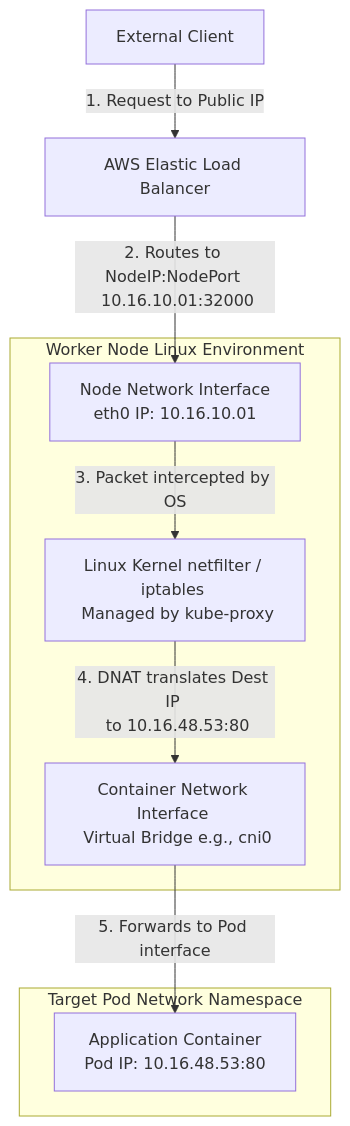
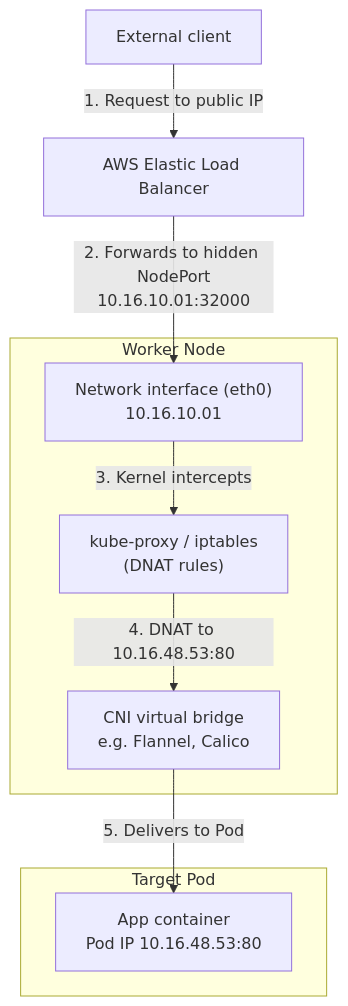
Before and after one commit to nirajp82/KubernetesWithAmazon_EKS_Fargate_DevOps: the second of 2 diagrams in sections/01-kubernetes-basics/11_ServiceTypes.md, drawn with Mermaid. The commit also changed other lines of this file and 11 other files, not shown here.

````diff
--- a/sections/01-kubernetes-basics/11_ServiceTypes.md
+++ b/sections/01-kubernetes-basics/11_ServiceTypes.md
@@ -243,20 +106,19 @@
 ```mermaid
 flowchart TD
-    Client[External Client] -->|1. Request to Public IP| ELB[AWS Elastic Load Balancer]
-    
-    subgraph Worker Node [Worker Node Linux Environment]
-        NIC[Node Network Interface \n eth0 IP: 10.16.10.01]
-        IPT[Linux Kernel netfilter / iptables \n Managed by kube-proxy]
-        VNET[Container Network Interface \n Virtual Bridge e.g., cni0]
+    Client[External client] -->|1. Request to public IP| ELB[AWS Elastic Load Balancer]
+
+    subgraph Node [Worker Node]
+        NIC["Network interface (eth0)<br/>10.16.10.01"]
+        IPT["kube-proxy / iptables<br/>(DNAT rules)"]
+        CNI["CNI virtual bridge<br/>e.g. Flannel, Calico"]
     end
-    
-    subgraph Pod Environment [Target Pod Network Namespace]
-        App[Application Container \n Pod IP: 10.16.48.53:80]
+
+    subgraph PodNS [Target Pod]
+        App["App container<br/>Pod IP 10.16.48.53:80"]
     end
-    
-    ELB -->|2. Routes to NodeIP:NodePort \n 10.16.10.01:32000| NIC
-    NIC -->|3. Packet intercepted by OS| IPT
-    IPT -->|4. DNAT translates Dest IP \n to 10.16.48.53:80| VNET
-    VNET -->|5. Forwards to Pod interface| App
 
+    ELB -->|"2. Forwards to hidden NodePort<br/>10.16.10.01:32000"| NIC
+    NIC -->|3. Kernel intercepts| IPT
+    IPT -->|"4. DNAT to 10.16.48.53:80"| CNI
+    CNI -->|5. Delivers to Pod| App
 ```
````
